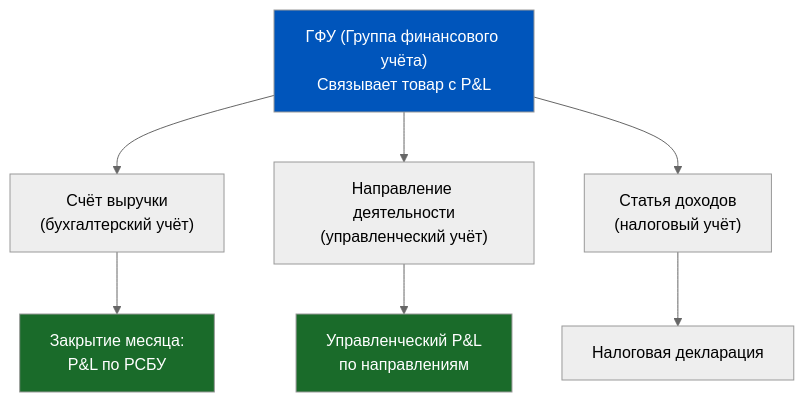
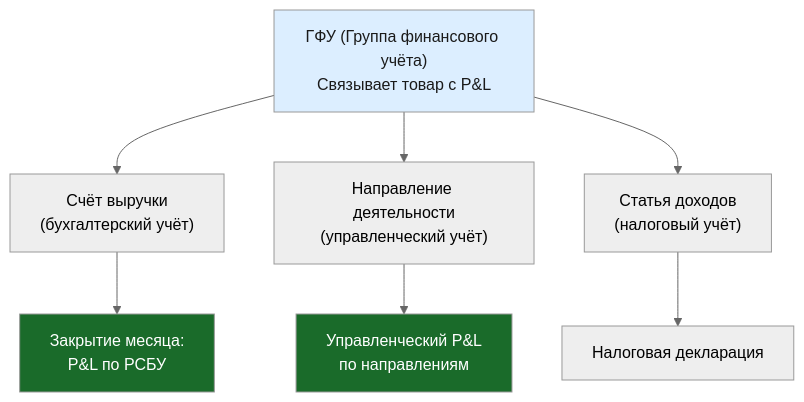
Before and after one commit to murad1986/1c-erp-quartz: the third of 5 diagrams in content/1c-erp/week_2/Неделя 2 - День 2 - ГФУ.md, drawn with Mermaid (neutral theme). The commit also changed other lines of this file and 57 other files, not shown here.

First line of the commit message:
fix: Mermaid — пастельные цвета в источниках диаграмм (56 файлов)

````diff
--- a/content/1c-erp/week_2/Неделя 2 - День 2 - ГФУ.md
+++ b/content/1c-erp/week_2/Неделя 2 - День 2 - ГФУ.md
@@ -169,18 +169,18 @@
 ```mermaid
 flowchart TD
     A["ГФУ (Группа финансового учёта)
 Связывает товар с P&L"] --> B["Счёт выручки
 (бухгалтерский учёт)"]
     A --> C["Направление деятельности
 (управленческий учёт)"]
     A --> D["Статья доходов
 (налоговый учёт)"]
     B --> E["Закрытие месяца:
 P&L по РСБУ"]
     C --> F["Управленческий P&L
 по направлениям"]
     D --> G["Налоговая декларация"]
-    style A fill:#0055BB,color:#fff
+    style A fill:#dceeff,color:#1a1a1a
     style E fill:#1a6b2a,color:#fff
     style F fill:#1a6b2a,color:#fff
 ```
````
